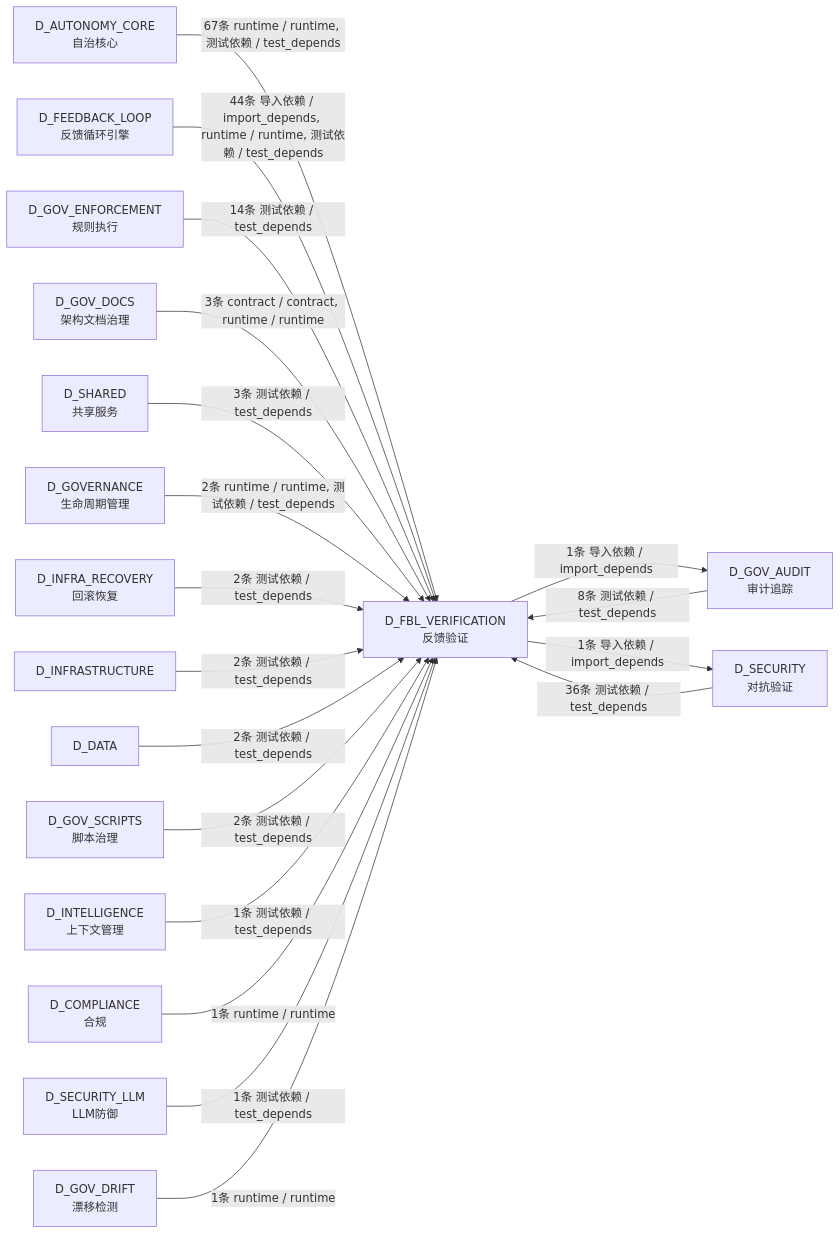
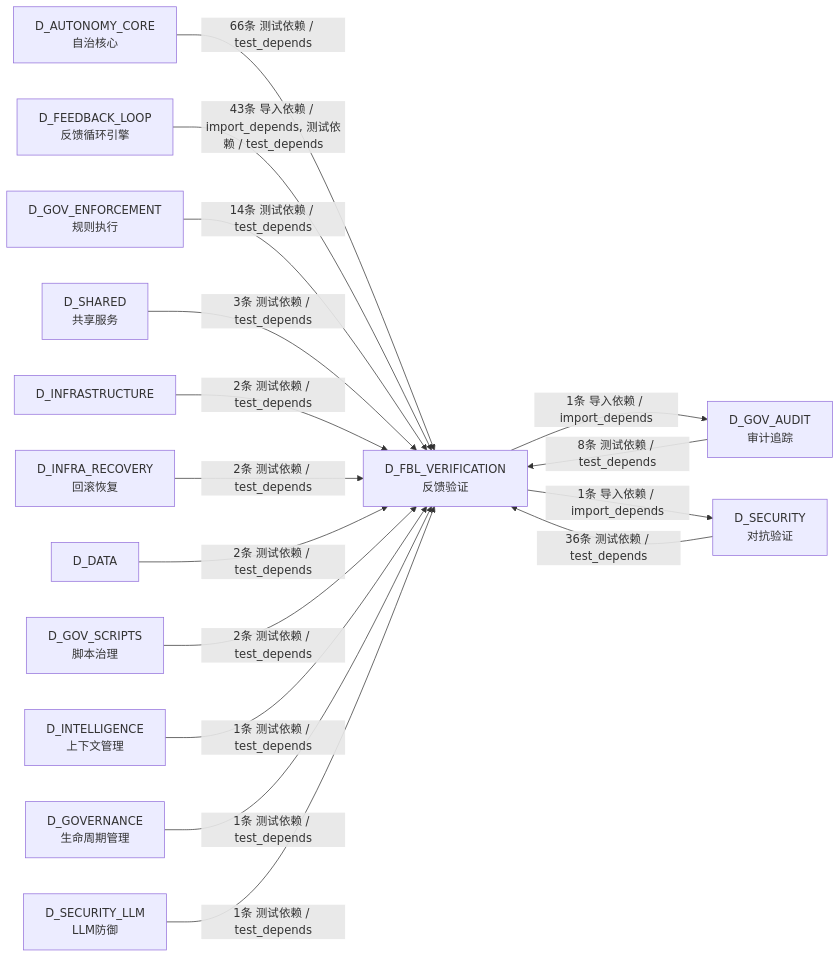
One commit to xuanFelixVan/ZephyrAlpha changed the sixth of 6 diagrams in docs/02_enterprise_architecture/02_domain_architecture_docs/13_d_fbl_verification.md. Above: the diagram before and after it, drawn with Mermaid. The commit also changed other lines of this file and 126 other files, not shown here.

````diff
--- a/docs/02_enterprise_architecture/02_domain_architecture_docs/13_d_fbl_verification.md
+++ b/docs/02_enterprise_architecture/02_domain_architecture_docs/13_d_fbl_verification.md
@@ -680,38 +659,32 @@
 ```mermaid
 graph LR
     D_FBL_VERIFICATION["D_FBL_VERIFICATION<br/>反馈验证"]
     D_GOV_AUDIT["D_GOV_AUDIT<br/>审计追踪"]
     D_SECURITY["D_SECURITY<br/>对抗验证"]
     D_AUTONOMY_CORE["D_AUTONOMY_CORE<br/>自治核心"]
     D_FEEDBACK_LOOP["D_FEEDBACK_LOOP<br/>反馈循环引擎"]
     D_GOV_ENFORCEMENT["D_GOV_ENFORCEMENT<br/>规则执行"]
-    D_GOV_DOCS["D_GOV_DOCS<br/>架构文档治理"]
     D_SHARED["D_SHARED<br/>共享服务"]
-    D_GOVERNANCE["D_GOVERNANCE<br/>生命周期管理"]
+    D_INFRASTRUCTURE["D_INFRASTRUCTURE"]
     D_INFRA_RECOVERY["D_INFRA_RECOVERY<br/>回滚恢复"]
-    D_INFRASTRUCTURE["D_INFRASTRUCTURE"]
     D_DATA["D_DATA"]
     D_GOV_SCRIPTS["D_GOV_SCRIPTS<br/>脚本治理"]
     D_INTELLIGENCE["D_INTELLIGENCE<br/>上下文管理"]
-    D_COMPLIANCE["D_COMPLIANCE<br/>合规"]
+    D_GOVERNANCE["D_GOVERNANCE<br/>生命周期管理"]
     D_SECURITY_LLM["D_SECURITY_LLM<br/>LLM防御"]
-    D_GOV_DRIFT["D_GOV_DRIFT<br/>漂移检测"]
     D_FBL_VERIFICATION -->|1条 导入依赖 / import_depends| D_GOV_AUDIT
     D_FBL_VERIFICATION -->|1条 导入依赖 / import_depends| D_SECURITY
-    D_AUTONOMY_CORE -->|67条 runtime / runtime, 测试依赖 / test_depends| D_FBL_VERIFICATION
-    D_FEEDBACK_LOOP -->|44条 导入依赖 / import_depends, runtime / runtime, 测试依赖 / test_depends| D_FBL_VERIFICATION
+    D_AUTONOMY_CORE -->|66条 测试依赖 / test_depends| D_FBL_VERIFICATION
+    D_FEEDBACK_LOOP -->|43条 导入依赖 / import_depends, 测试依赖 / test_depends| D_FBL_VERIFICATION
     D_SECURITY -->|36条 测试依赖 / test_depends| D_FBL_VERIFICATION
     D_GOV_ENFORCEMENT -->|14条 测试依赖 / test_depends| D_FBL_VERIFICATION
     D_GOV_AUDIT -->|8条 测试依赖 / test_depends| D_FBL_VERIFICATION
-    D_GOV_DOCS -->|3条 contract / contract, runtime / runtime| D_FBL_VERIFICATION
     D_SHARED -->|3条 测试依赖 / test_depends| D_FBL_VERIFICATION
-    D_GOVERNANCE -->|2条 runtime / runtime, 测试依赖 / test_depends| D_FBL_VERIFICATION
+    D_INFRASTRUCTURE -->|2条 测试依赖 / test_depends| D_FBL_VERIFICATION
     D_INFRA_RECOVERY -->|2条 测试依赖 / test_depends| D_FBL_VERIFICATION
-    D_INFRASTRUCTURE -->|2条 测试依赖 / test_depends| D_FBL_VERIFICATION
     D_DATA -->|2条 测试依赖 / test_depends| D_FBL_VERIFICATION
     D_GOV_SCRIPTS -->|2条 测试依赖 / test_depends| D_FBL_VERIFICATION
     D_INTELLIGENCE -->|1条 测试依赖 / test_depends| D_FBL_VERIFICATION
-    D_COMPLIANCE -->|1条 runtime / runtime| D_FBL_VERIFICATION
+    D_GOVERNANCE -->|1条 测试依赖 / test_depends| D_FBL_VERIFICATION
     D_SECURITY_LLM -->|1条 测试依赖 / test_depends| D_FBL_VERIFICATION
-    D_GOV_DRIFT -->|1条 runtime / runtime| D_FBL_VERIFICATION
 ```
````
